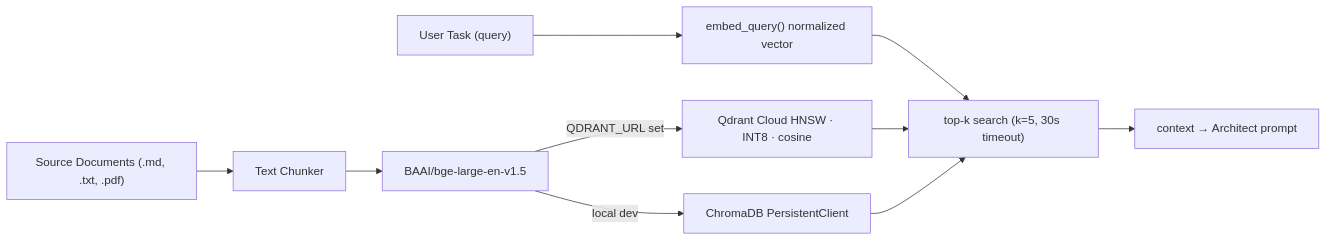
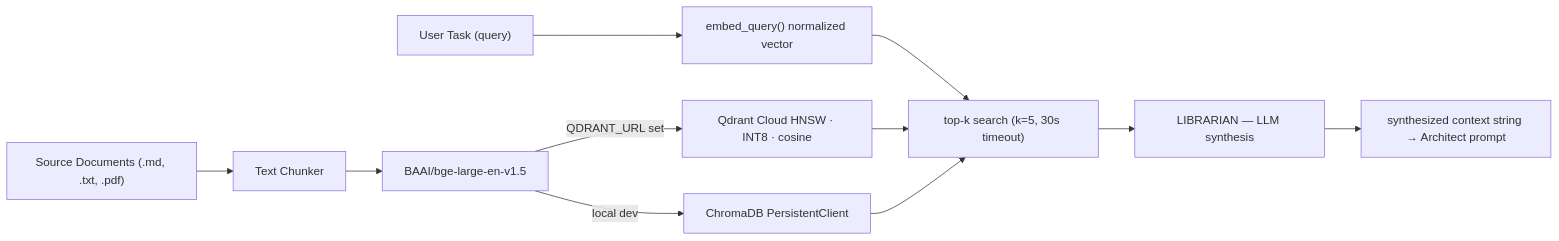
The third of 4 diagrams in README.md (cherubini-sam/agenticssdlc), drawn with Mermaid before and after one commit. The commit also changed other lines of this file and 96 other files, not shown here.

````diff
--- a/README.md
+++ b/README.md
@@ -282,20 +287,21 @@
 ```mermaid
 flowchart LR
     DOCS["Source Documents (.md, .txt, .pdf)"]
     CHUNK["Text Chunker"]
     EMB["BAAI/bge-large-en-v1.5"]
     QDRANT["Qdrant Cloud HNSW · INT8 · cosine"]
     CHROMA["ChromaDB PersistentClient"]
     QUERY["User Task (query)"]
     EMBED_Q["embed_query() normalized vector"]
     TOPK["top-k search (k=5, 30s timeout)"]
-    CTX["context → Architect prompt"]
+    SYNTH["LIBRARIAN — LLM synthesis"]
+    CTX["synthesized context string → Architect prompt"]
 
     DOCS --> CHUNK --> EMB
     EMB -->|QDRANT_URL set| QDRANT
     EMB -->|local dev| CHROMA
     QUERY --> EMBED_Q --> TOPK
     QDRANT --> TOPK
     CHROMA --> TOPK
-    TOPK --> CTX
+    TOPK --> SYNTH --> CTX
 ```
````
